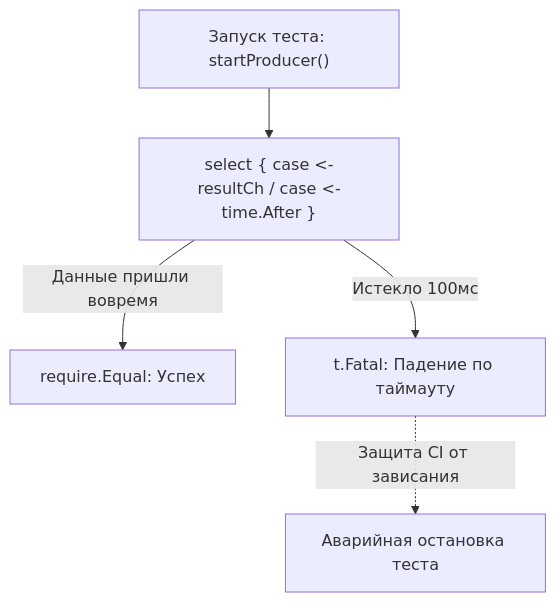
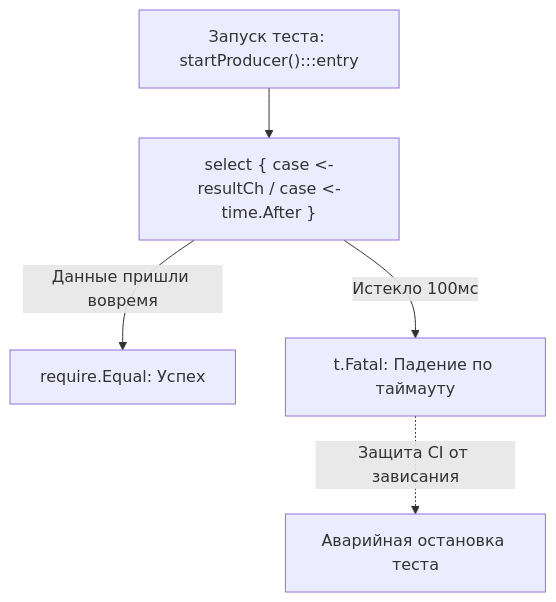
One commit to UnrealTemplier/go-textbook changed the diagram in sources/15. Тестирование в Go (QA & Testing)/07. Конкурентность/1. Тестирование конкурентного кода.md. Above: the diagram before and after it, drawn with Mermaid. The commit also changed 1666 other files, not shown here.

First line of the commit message:
feat(mermaid): add semantic color classDef to 1369 colorless flowchart/graph diagrams

````diff
--- a/sources/15. Тестирование в Go (QA & Testing)/07. Конкурентность/1. Тестирование конкурентного кода.md
+++ b/sources/15. Тестирование в Go (QA & Testing)/07. Конкурентность/1. Тестирование конкурентного кода.md
@@ -187,9 +187,19 @@
 ```mermaid
 flowchart TD
-    Start["Запуск теста: startProducer()"] --> Sel["select { case <-resultCh / case <-time.After }"]
+    classDef process  fill:#1e293b,stroke:#38bdf8,stroke-width:1px,color:#f8fafc
+    classDef success  fill:#064e3b,stroke:#34d399,stroke-width:1px,color:#f8fafc
+    classDef error    fill:#7f1d1d,stroke:#f87171,stroke-width:1px,color:#f8fafc
+    classDef warning  fill:#78350f,stroke:#fbbf24,stroke-width:1px,color:#f8fafc
+    classDef entry    fill:#1e3a5f,stroke:#38bdf8,stroke-width:2px,color:#f8fafc
+    classDef aux      fill:#334155,stroke:#64748b,stroke-width:1px,color:#f8fafc
+    classDef system   fill:#312e81,stroke:#a78bfa,stroke-width:1px,color:#f8fafc
+    classDef data     fill:#132d29,stroke:#2dd4bf,stroke-width:1px,color:#f8fafc
+    classDef network  fill:#881337,stroke:#fb7185,stroke-width:1px,color:#f8fafc
+    classDef accent   fill:#1e1b4b,stroke:#818cf8,stroke-width:1px,color:#f8fafc
+    Start["Запуск теста: startProducer():::entry"] --> Sel["select { case <-resultCh / case <-time.After }"]
     
     Sel -->|"Данные пришли вовремя"| Ok["require.Equal: Успех"]
     Sel -->|"Истекло 100мс"| Timeout["t.Fatal: Падение по таймауту"]
     
     Timeout -.->|"Защита CI от зависания"| Exit["Аварийная остановка теста"]
 ```
````
